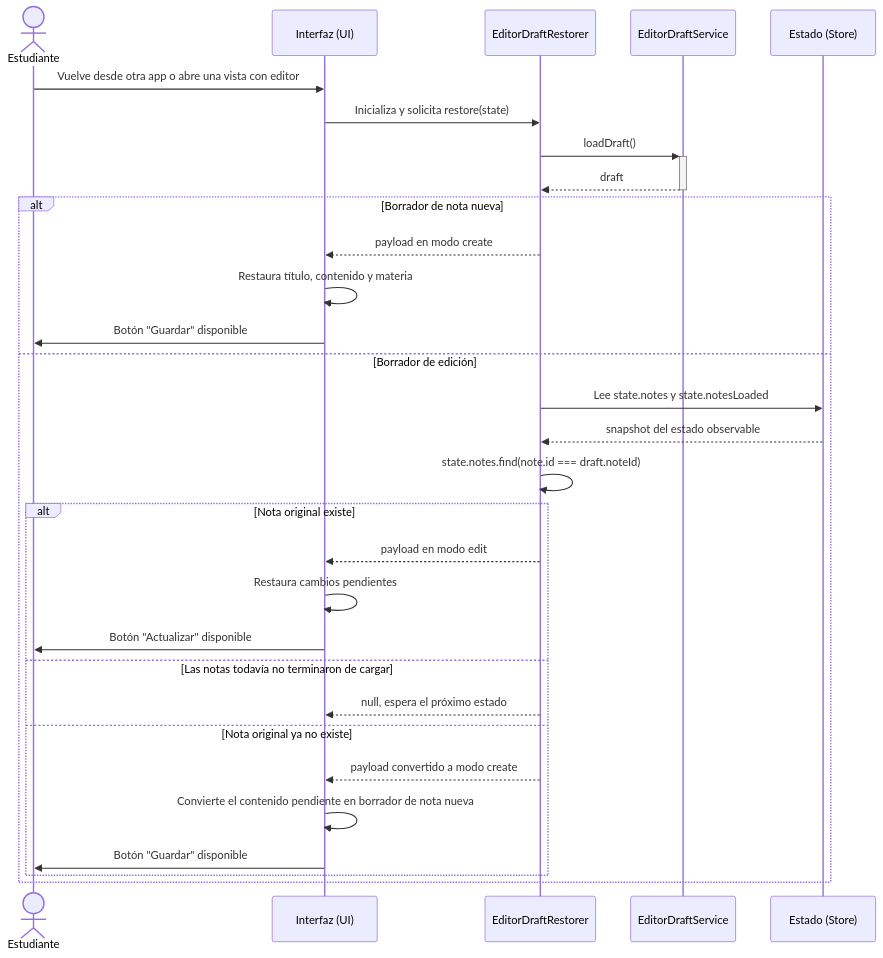
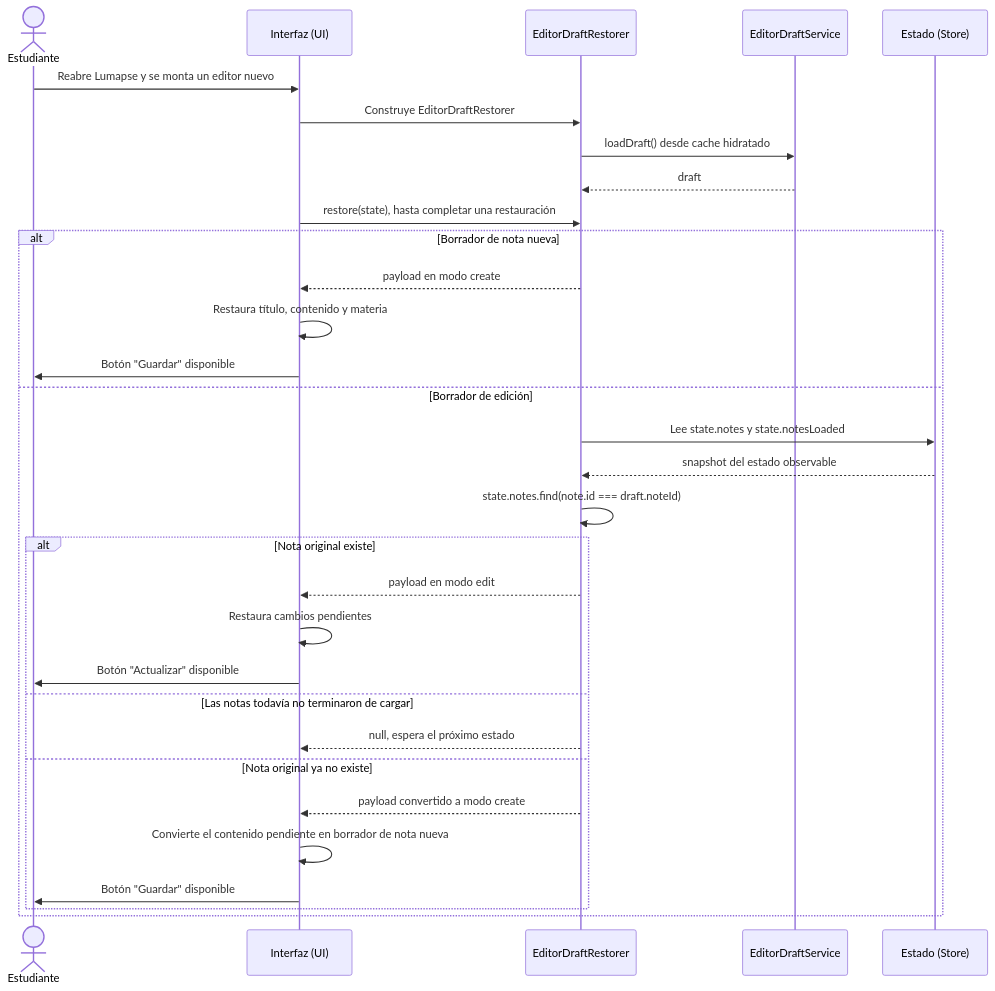
The fifth of 6 diagrams in docs/diagramas/secuencia-crear-nota.md (jdfesa/lumapse), drawn with Mermaid before and after one commit. The commit also changed other lines of this file and 14 other files, not shown here.

Commit message:
docs: align report diagrams with the frozen client

````diff
--- a/docs/diagramas/secuencia-crear-nota.md
+++ b/docs/diagramas/secuencia-crear-nota.md
@@ -100,34 +121,35 @@
 ```mermaid
 sequenceDiagram
     actor EST as Estudiante
     participant UI as Interfaz (UI)
     participant RESTORER as EditorDraftRestorer
     participant DRAFT as EditorDraftService
     participant STORE as Estado (Store)
 
-    EST ->> UI: Vuelve desde otra app o abre una vista con editor
-    UI ->> RESTORER: Inicializa y solicita restore(state)
-    RESTORER ->>+ DRAFT: loadDraft()
-    DRAFT -->>- RESTORER: draft
+    EST ->> UI: Reabre Lumapse y se monta un editor nuevo
+    UI ->> RESTORER: Construye EditorDraftRestorer
+    RESTORER ->> DRAFT: loadDraft() desde cache hidratado
+    DRAFT -->> RESTORER: draft
+    UI ->> RESTORER: restore(state), hasta completar una restauración
 
     alt Borrador de nota nueva
         RESTORER -->> UI: payload en modo create
         UI ->> UI: Restaura título, contenido y materia
         UI ->> EST: Botón "Guardar" disponible
     else Borrador de edición
         RESTORER ->> STORE: Lee state.notes y state.notesLoaded
         STORE -->> RESTORER: snapshot del estado observable
         RESTORER ->> RESTORER: state.notes.find(note.id === draft.noteId)
         alt Nota original existe
             RESTORER -->> UI: payload en modo edit
             UI ->> UI: Restaura cambios pendientes
             UI ->> EST: Botón "Actualizar" disponible
         else Las notas todavía no terminaron de cargar
             RESTORER -->> UI: null, espera el próximo estado
         else Nota original ya no existe
             RESTORER -->> UI: payload convertido a modo create
             UI ->> UI: Convierte el contenido pendiente en borrador de nota nueva
             UI ->> EST: Botón "Guardar" disponible
         end
     end
 ```
````
